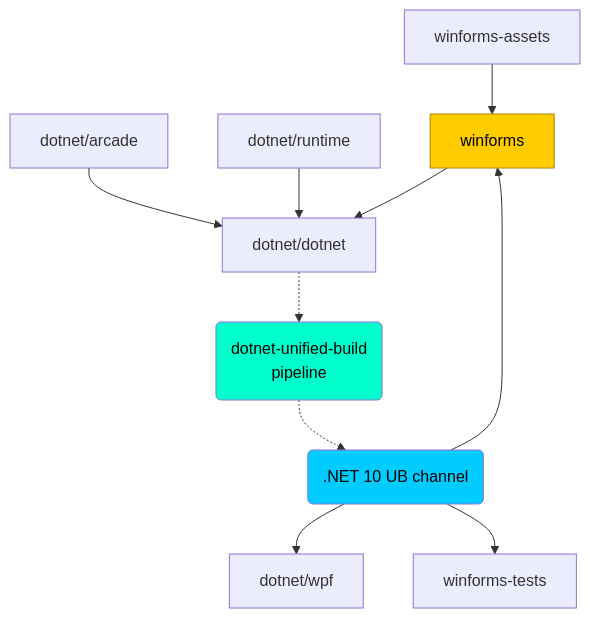
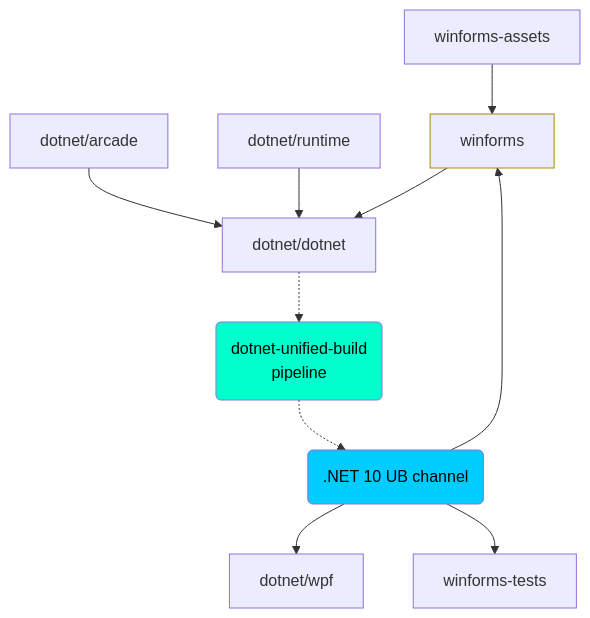
Before and after one commit to dotnet/arcade: the fourth of 4 diagrams in Documentation/UnifiedBuild/Flat flow migration guide.md, drawn with Mermaid. The commit also changed other lines of this file, not shown here.

Commit message:
Decrease colouring

````diff
--- a/Documentation/UnifiedBuild/Flat flow migration guide.md
+++ b/Documentation/UnifiedBuild/Flat flow migration guide.md
@@ -161,19 +161,19 @@
 ```mermaid
 graph TD
     winformsAssets[winforms-assets]--> winforms:::active
     
     arcade[dotnet/arcade] --> vmr[dotnet/dotnet]
     runtime[dotnet/runtime] --> vmr
     winforms --> vmr
 
     vmr -.-> vmrCi(dotnet-unified-build<br/>pipeline):::pipeline
     vmrCi -.-> net10ub(.NET 10 UB channel):::channel
 
     net10ub --> wpf[dotnet/wpf]
     net10ub --> winformsTests[winforms-tests]
     net10ub --> winforms
 
-    classDef active fill:#ffcc00,stroke:#aa8800,color:#000;
+    classDef active stroke:#aa8800;
     classDef pipeline fill:#00ffcc,color:#000;
     classDef channel fill:#00ccff,color:#000;
 ```
````
